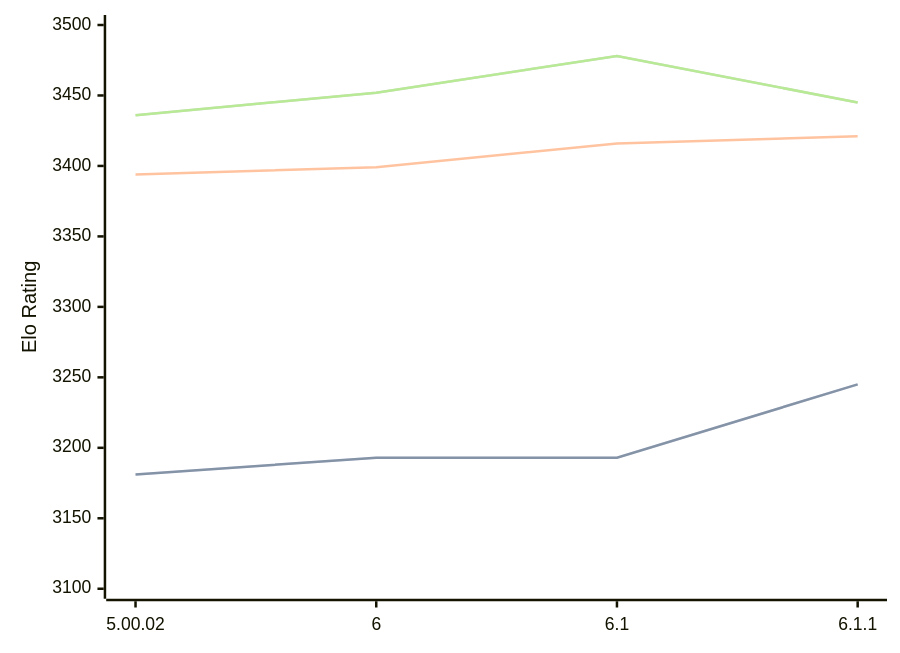
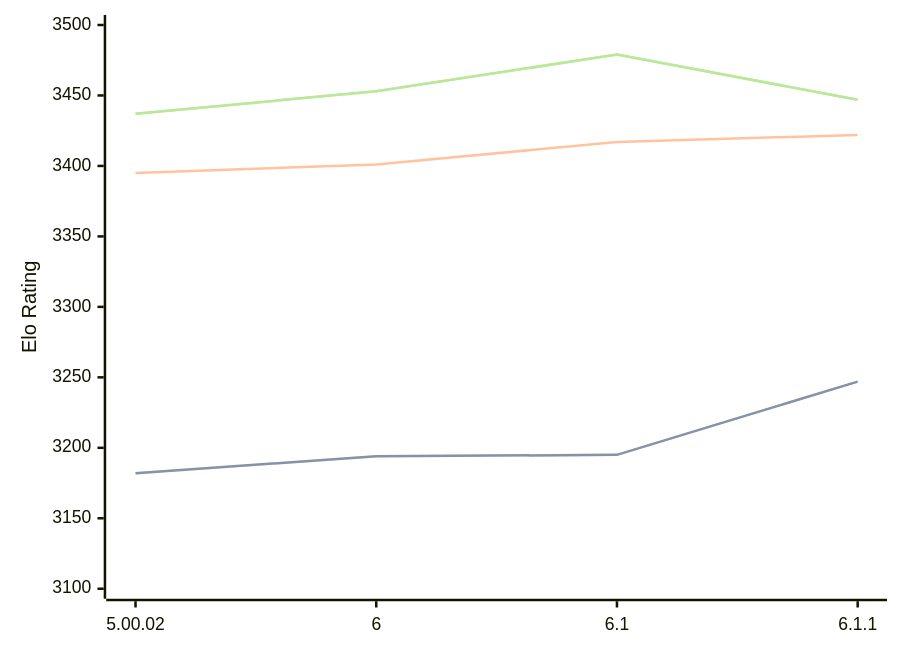
One commit to computer-chess-index/cci changed the diagram in engines/Zangdar.md. Above: the diagram before and after it, drawn with Mermaid. The commit also changed other lines of this file, not shown here.

Commit message:
Update CCI Ratings (ELO VLTC) - 2026-05-06

````diff
--- a/engines/Zangdar.md
+++ b/engines/Zangdar.md
@@ -46,11 +46,11 @@
 ```mermaid
 %%{init: {"theme":"base","themeVariables":{"seriesColors:['#a3a3a3','#222221','#faa371']}}}%%
 xychart-beta
   x-axis ["5.00.02", "6", "6.1", "6.1.1"]
   y-axis "Elo Rating" 3100 --> 3500
-  line "STC (8.0+0.08s)" [3181, 3193, 3193, 3245]
-  line "STC (8.0+0.08s)" [3181, 3193, 3193, 3245]
-  line "LTC (60.0+0.60s)" [3394, 3399, 3416, 3421]
-  line "VLTC (2m24s+1.12s)" [3436, 3452, 3478, 3445]
-  line "VLTC (2m24s+1.12s)" [3436, 3452, 3478, 3445]
+  line "STC (8.0+0.08s)" [3182, 3194, 3195, 3247]
+  line "STC (8.0+0.08s)" [3182, 3194, 3195, 3247]
+  line "LTC (60.0+0.60s)" [3395, 3401, 3417, 3422]
+  line "VLTC (2m24s+1.12s)" [3437, 3453, 3479, 3447]
+  line "VLTC (2m24s+1.12s)" [3437, 3453, 3479, 3447]
 ```
````
